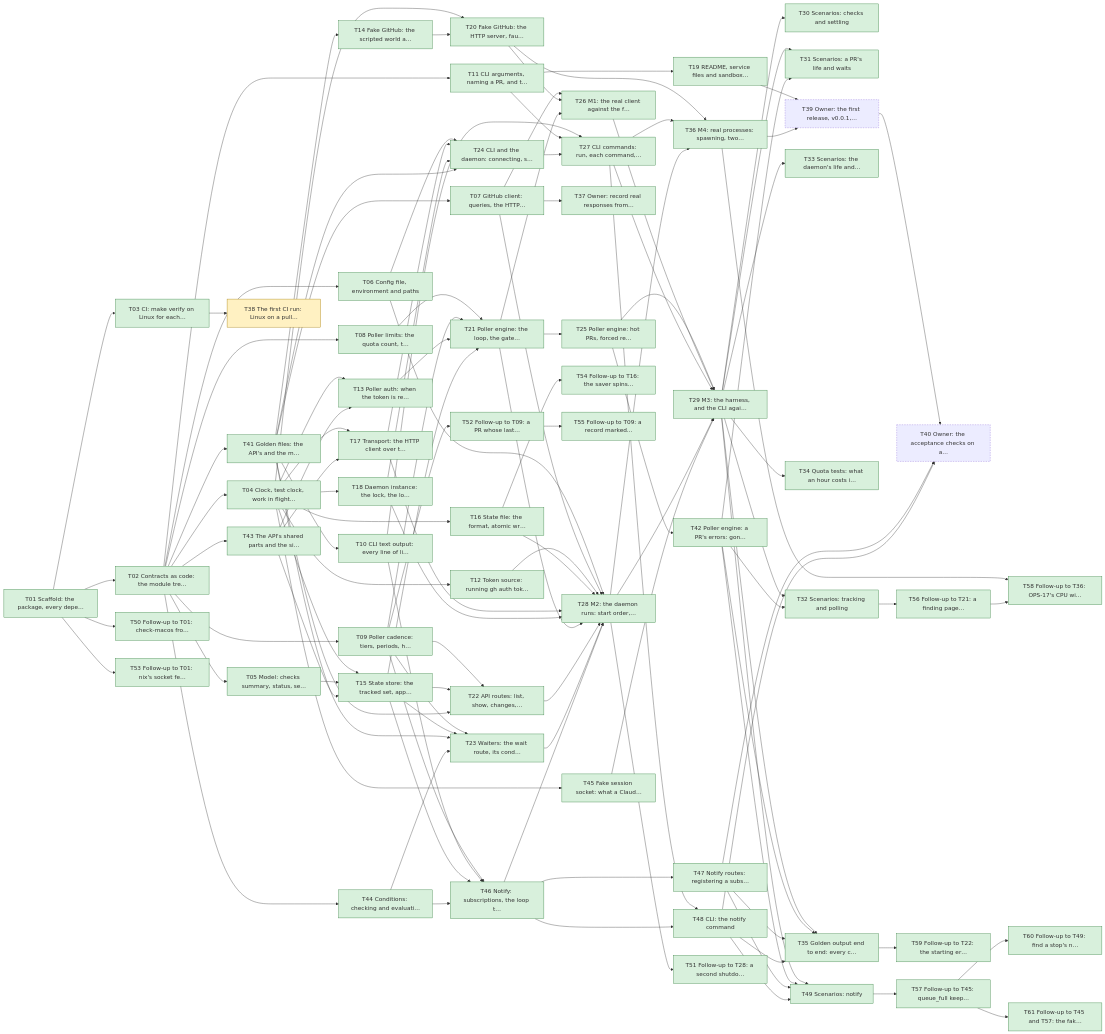
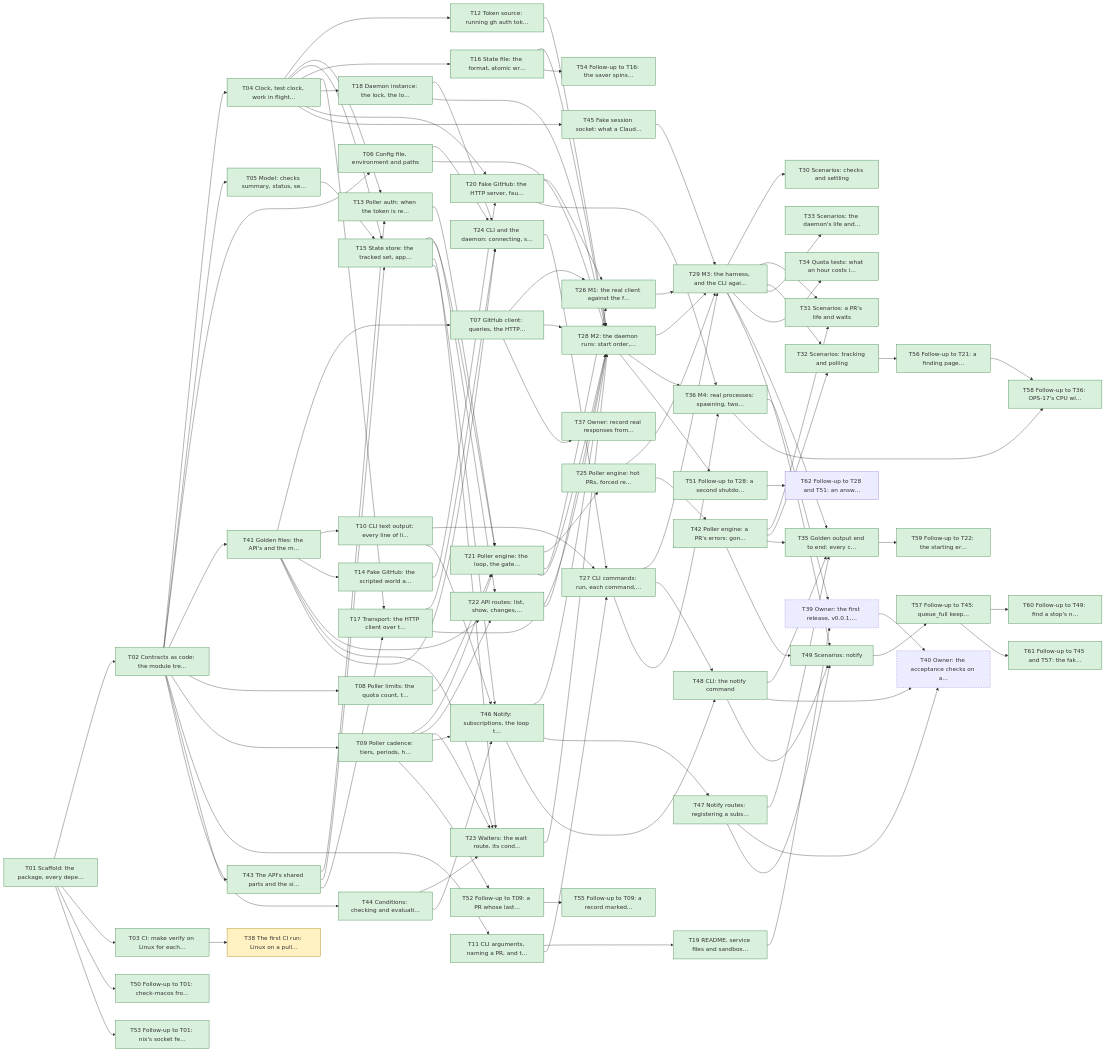
Before and after one commit to yachiko/circitor: the diagram in plan/README.md, drawn with Mermaid. The commit also changed other lines of this file and 13 other files, not shown here.

```diff
--- a/plan/README.md
+++ b/plan/README.md
@@ -209,6 +210,7 @@
   T59["T59 Follow-up to T22: the starting er…"]:::done
   T60["T60 Follow-up to T49: find a stop's n…"]:::done
   T61["T61 Follow-up to T45 and T57: the fak…"]:::done
+  T62["T62 Follow-up to T28 and T51: an answ…"]
   T01 --> T02
   T01 --> T03
   T02 --> T04
@@ -320,6 +322,7 @@
   T35 --> T59
   T57 --> T60
   T57 --> T61
+  T51 --> T62
   classDef done fill:#d8f0dc,stroke:#2f7d3b
   classDef active fill:#fff1c2,stroke:#a07800
   classDef blocked fill:#f8d7da,stroke:#a12a35
```
